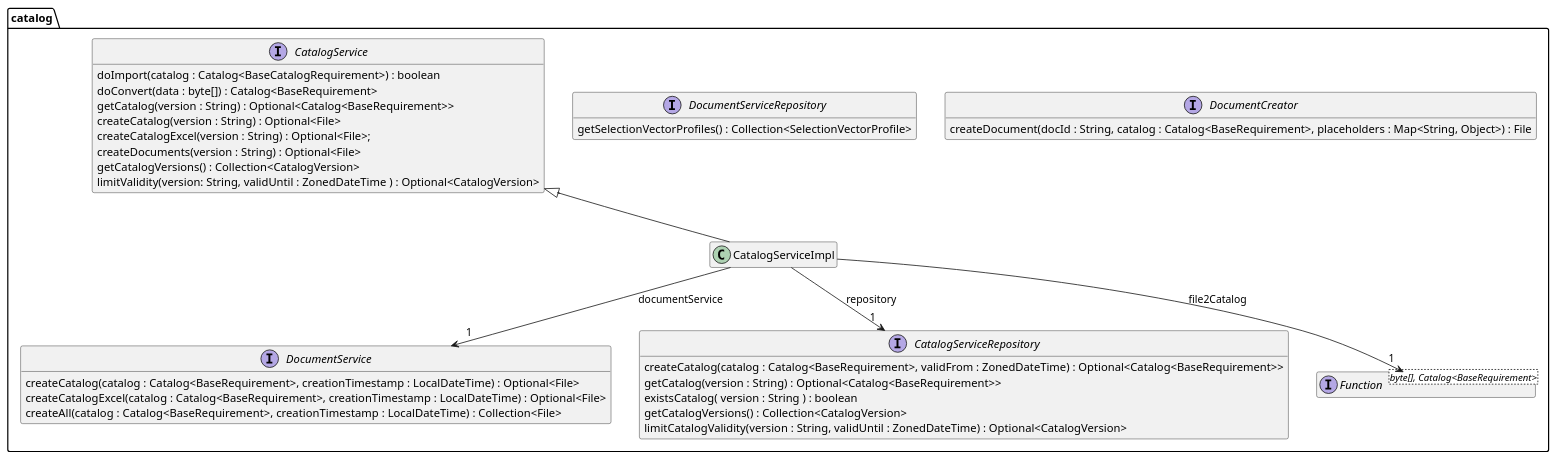
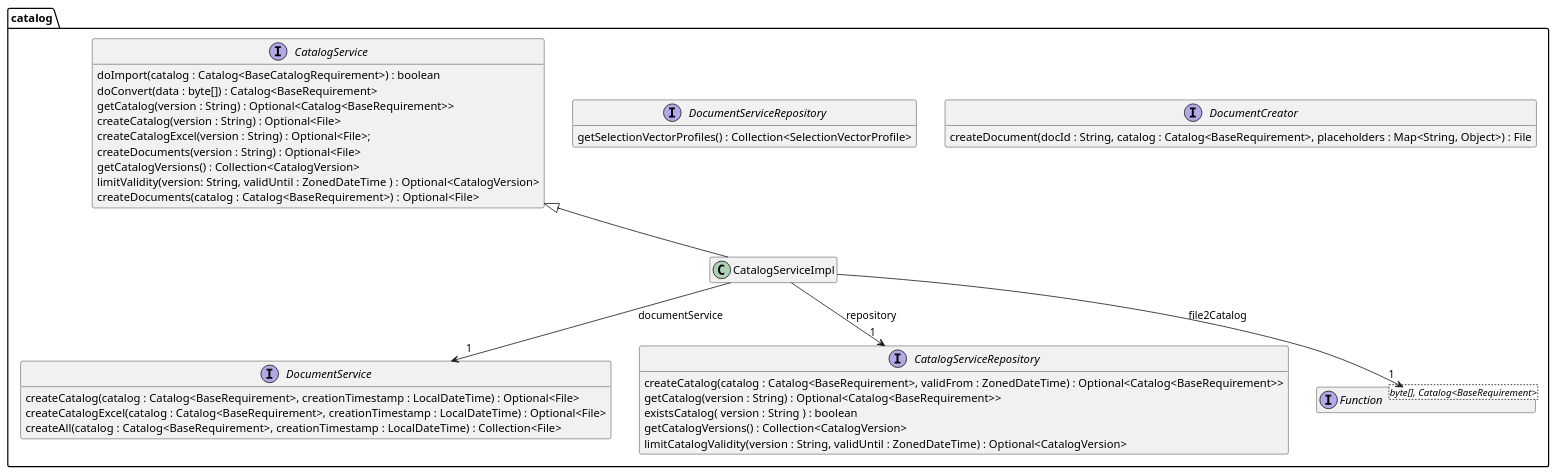
One commit to tailoringexpert/platform changed the diagram in src/site/arc42/plantuml/core/catalog/Ebene3.plantuml. Above: the diagram before and after it, drawn with PlantUML. The commit also changed 9 other files, not shown here.

```diff
--- a/src/site/arc42/plantuml/core/catalog/Ebene3.plantuml
+++ b/src/site/arc42/plantuml/core/catalog/Ebene3.plantuml
@@ -1,52 +1,53 @@
 @startuml Ebene3.png
 hide empty members
 
 package catalog {
 
     interface DocumentCreator {
         createDocument(docId : String, catalog : Catalog<BaseRequirement>, placeholders : Map<String, Object>) : File
     }
 
     interface DocumentService {
         createCatalog(catalog : Catalog<BaseRequirement>, creationTimestamp : LocalDateTime) : Optional<File>
         createCatalogExcel(catalog : Catalog<BaseRequirement>, creationTimestamp : LocalDateTime) : Optional<File>
         createAll(catalog : Catalog<BaseRequirement>,  creationTimestamp : LocalDateTime) : Collection<File>
     }
 
     interface DocumentServiceRepository {
         getSelectionVectorProfiles() : Collection<SelectionVectorProfile>
     }
 
     interface CatalogService {
         doImport(catalog : Catalog<BaseCatalogRequirement>) : boolean
         doConvert(data : byte[]) : Catalog<BaseRequirement>
         getCatalog(version : String) : Optional<Catalog<BaseRequirement>>
         createCatalog(version : String) : Optional<File>
         createCatalogExcel(version : String) : Optional<File>;
         createDocuments(version : String) : Optional<File>
         getCatalogVersions() : Collection<CatalogVersion>
         limitValidity(version: String, validUntil : ZonedDateTime ) : Optional<CatalogVersion>
+        createDocuments(catalog : Catalog<BaseRequirement>) :  Optional<File>
     }
 
     interface CatalogServiceRepository {
         createCatalog(catalog : Catalog<BaseRequirement>, validFrom : ZonedDateTime) : Optional<Catalog<BaseRequirement>>
         getCatalog(version : String) : Optional<Catalog<BaseRequirement>>
         existsCatalog( version : String ) : boolean
         getCatalogVersions() : Collection<CatalogVersion>
         limitCatalogValidity(version : String, validUntil : ZonedDateTime) : Optional<CatalogVersion>
     }
 
     class CatalogServiceImpl {
     }
     CatalogService <|-- CatalogServiceImpl
     CatalogServiceImpl --> "1" CatalogServiceRepository : repository
     CatalogServiceImpl --> "1" DocumentService : documentService
     CatalogServiceImpl --> "1" file2Catalog : file2Catalog
 
     interface "Function<byte[], Catalog<BaseRequirement>>" as file2Catalog {
     }
 
 }
 
 
 @enduml
```
